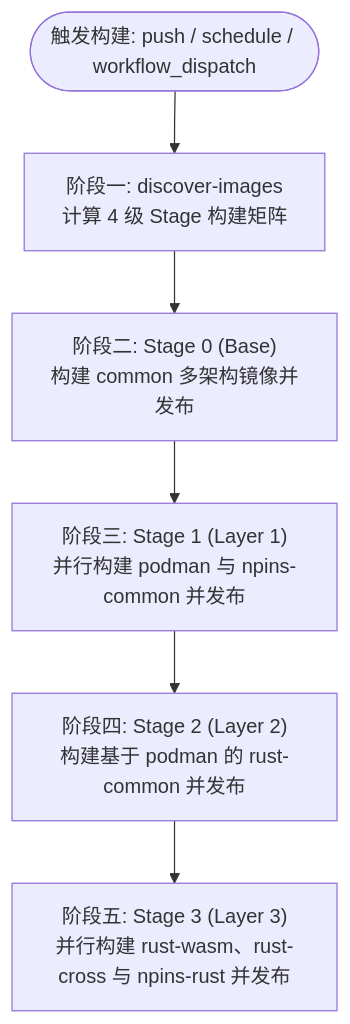
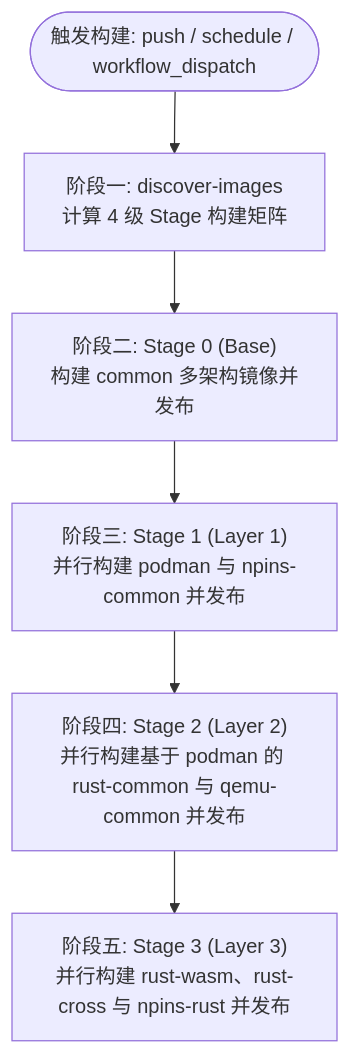
Before and after one commit to shaogme/coding-images: the fifth of 5 diagrams in README.md, drawn with Mermaid. The commit also changed other lines of this file and 7 other files, not shown here.

````diff
--- a/README.md
+++ b/README.md
@@ -523,9 +554,9 @@
 ```mermaid
 flowchart TD
     Trigger(["触发构建: push / schedule / workflow_dispatch"]) --> Discover["阶段一: discover-images<br/>计算 4 级 Stage 构建矩阵"]
 
     Discover --> Stage0["阶段二: Stage 0 (Base)<br/>构建 common 多架构镜像并发布"]
     Stage0 --> Stage1["阶段三: Stage 1 (Layer 1)<br/>并行构建 podman 与 npins-common 并发布"]
-    Stage1 --> Stage2["阶段四: Stage 2 (Layer 2)<br/>构建基于 podman 的 rust-common 并发布"]
+    Stage1 --> Stage2["阶段四: Stage 2 (Layer 2)<br/>并行构建基于 podman 的 rust-common 与 qemu-common 并发布"]
     Stage2 --> Stage3["阶段五: Stage 3 (Layer 3)<br/>并行构建 rust-wasm、rust-cross 与 npins-rust 并发布"]
 ```
````
